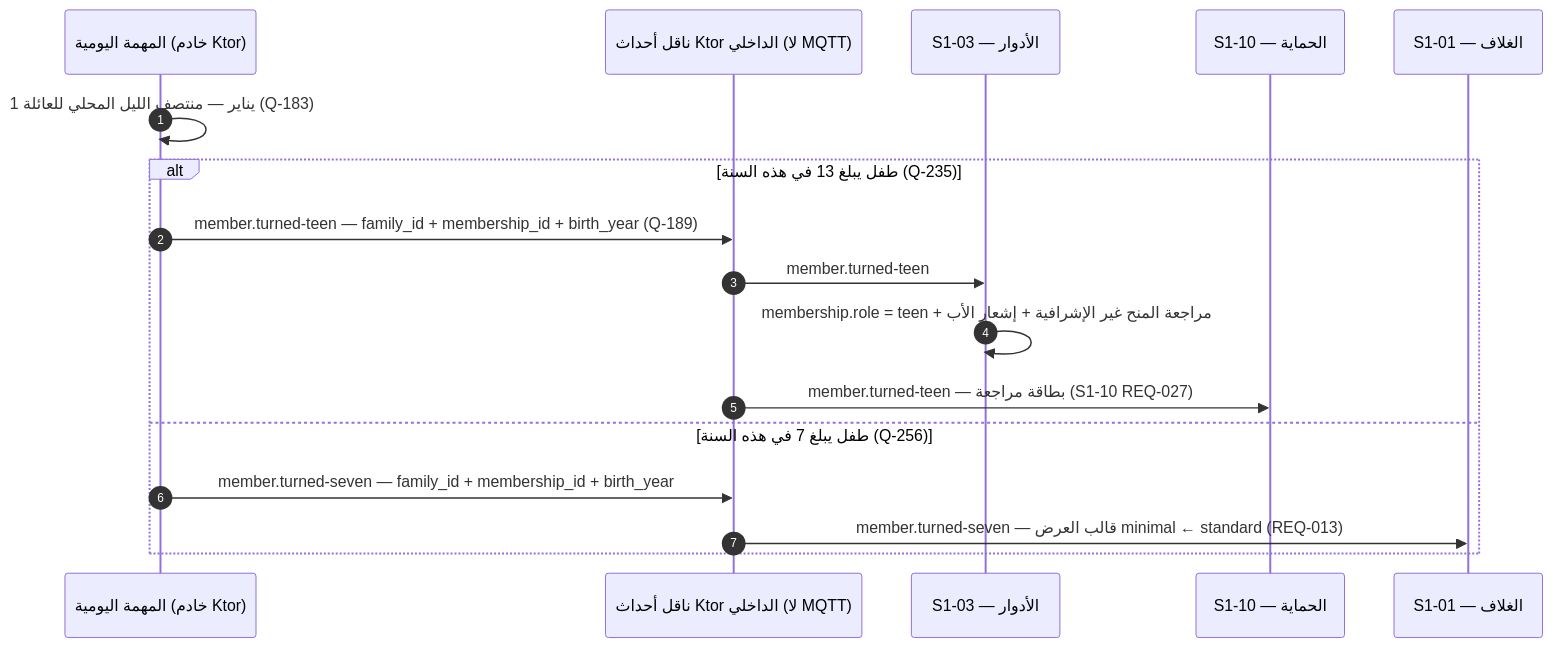
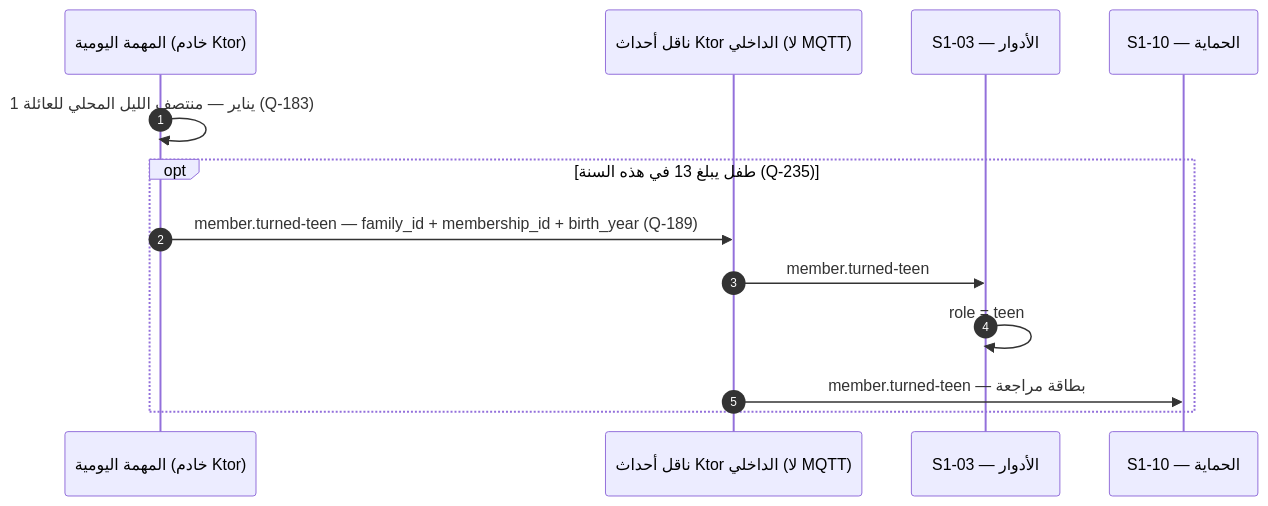
Before and after one commit to Bassam-mohammed-alqaeadi/family-os-v2: diagram 19 of 36 in docs/family-os/governance/phases/phase-1/S1-02-identity-and-onboarding/DIAGRAMS.md, drawn with Mermaid. The commit also changed other lines of this file, not shown here.

First line of the commit message:
Q-434 S1-02: content (REQ-029/030, Q-425/426/427) + shape (15→36 blocks)

````diff
--- a/docs/family-os/governance/phases/phase-1/S1-02-identity-and-onboarding/DIAGRAMS.md
+++ b/docs/family-os/governance/phases/phase-1/S1-02-identity-and-onboarding/DIAGRAMS.md
@@ -608,19 +747,15 @@
 ```mermaid
 sequenceDiagram
     autonumber
     participant Job as المهمة اليومية (خادم Ktor)
     participant Bus as ناقل أحداث Ktor الداخلي (لا MQTT)
     participant S103 as S1-03 — الأدوار
     participant S110 as S1-10 — الحماية
-    participant S101 as S1-01 — الغلاف
     Job->>Job: 1 يناير — منتصف الليل المحلي للعائلة (Q-183)
-    alt طفل يبلغ 13 في هذه السنة (Q-235)
+    opt طفل يبلغ 13 في هذه السنة (Q-235)
         Job->>Bus: member.turned-teen — family_id + membership_id + birth_year (Q-189)
         Bus->>S103: member.turned-teen
-        S103->>S103: membership.role = teen + مراجعة المنح غير الإشرافية + إشعار الأب
-        Bus->>S110: member.turned-teen — بطاقة مراجعة (S1-10 REQ-027)
-    else طفل يبلغ 7 في هذه السنة (Q-256)
-        Job->>Bus: member.turned-seven — family_id + membership_id + birth_year
-        Bus->>S101: member.turned-seven — قالب العرض minimal ← standard (REQ-013)
+        S103->>S103: role = teen
+        Bus->>S110: member.turned-teen — بطاقة مراجعة
     end
 ```
````
